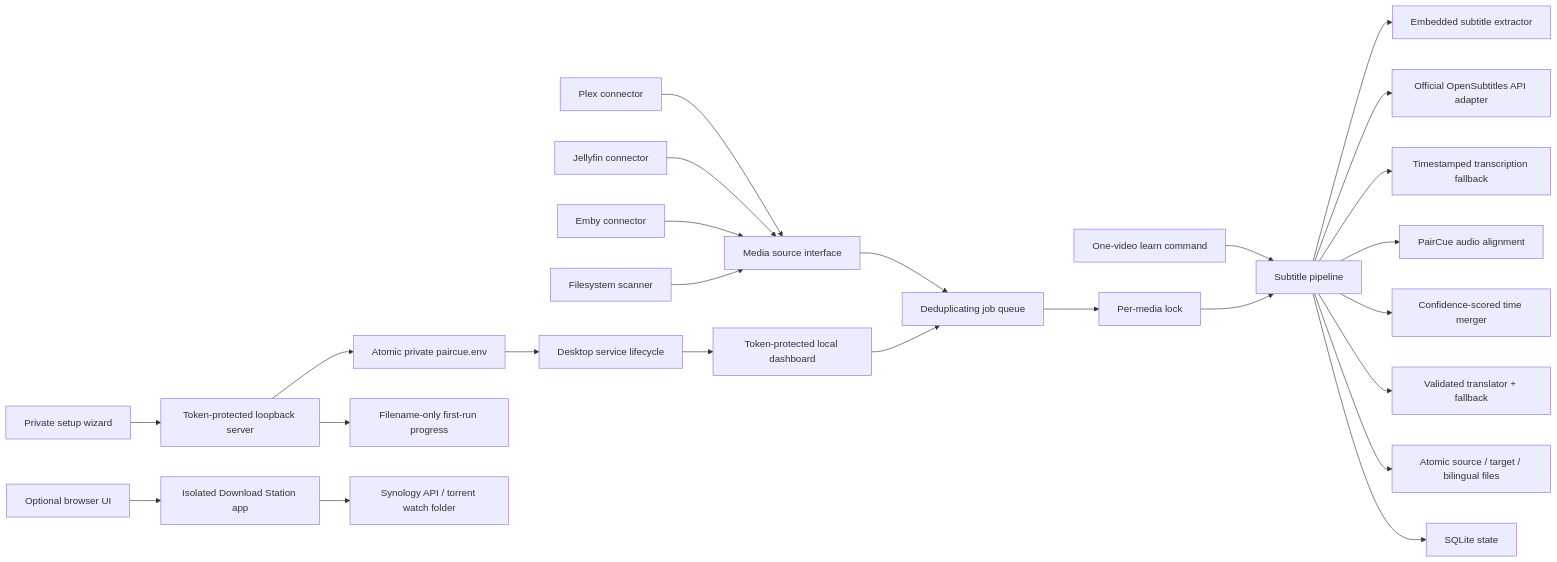
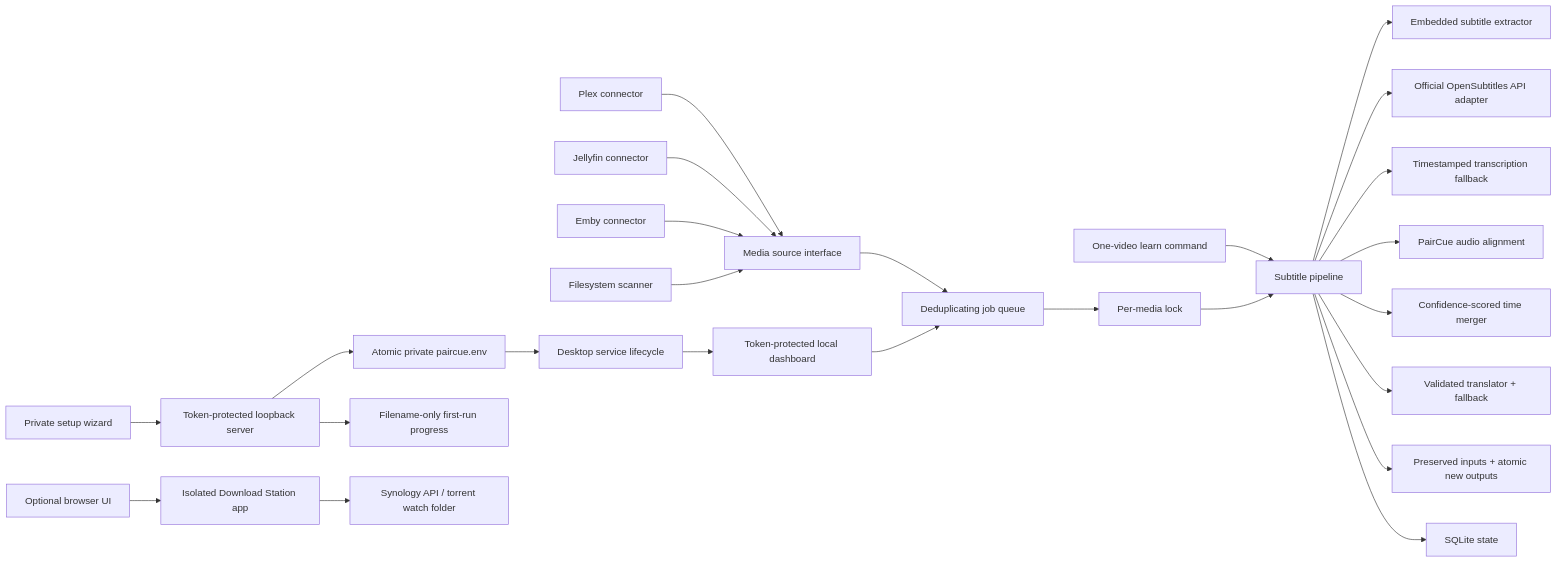
Before and after one commit to NLINEA/PairCue: the diagram in ARCHITECTURE.md, drawn with Mermaid. The commit also changed other lines of this file and 33 other files, not shown here.

````diff
--- a/ARCHITECTURE.md
+++ b/ARCHITECTURE.md
@@ -16,29 +16,29 @@
 ```mermaid
 flowchart LR
     Plex["Plex connector"] --> Source["Media source interface"]
     Jellyfin["Jellyfin connector"] --> Source
     Emby["Emby connector"] --> Source
     Folder["Filesystem scanner"] --> Source
     Learn["One-video learn command"] --> Pipeline
     Source --> Queue["Deduplicating job queue"]
     Queue --> Lock["Per-media lock"]
     Lock --> Pipeline["Subtitle pipeline"]
     Pipeline --> Embedded["Embedded subtitle extractor"]
     Pipeline --> Provider["Official OpenSubtitles API adapter"]
     Pipeline --> Transcribe["Timestamped transcription fallback"]
     Pipeline --> Sync["PairCue audio alignment"]
     Pipeline --> Merge["Confidence-scored time merger"]
     Pipeline --> Translate["Validated translator + fallback"]
-    Pipeline --> Output["Atomic source / target / bilingual files"]
+    Pipeline --> Output["Preserved inputs + atomic new outputs"]
     Pipeline --> State["SQLite state"]
 
     Setup["Private setup wizard"] --> Loopback["Token-protected loopback server"]
     Loopback --> Config["Atomic private paircue.env"]
     Loopback --> Progress["Filename-only first-run progress"]
     Config --> Desktop["Desktop service lifecycle"]
     Desktop --> Dashboard["Token-protected local dashboard"]
     Dashboard --> Queue
 
     Browser["Optional browser UI"] --> DownloadAPI["Isolated Download Station app"]
     DownloadAPI --> Synology["Synology API / torrent watch folder"]
 ```
````
